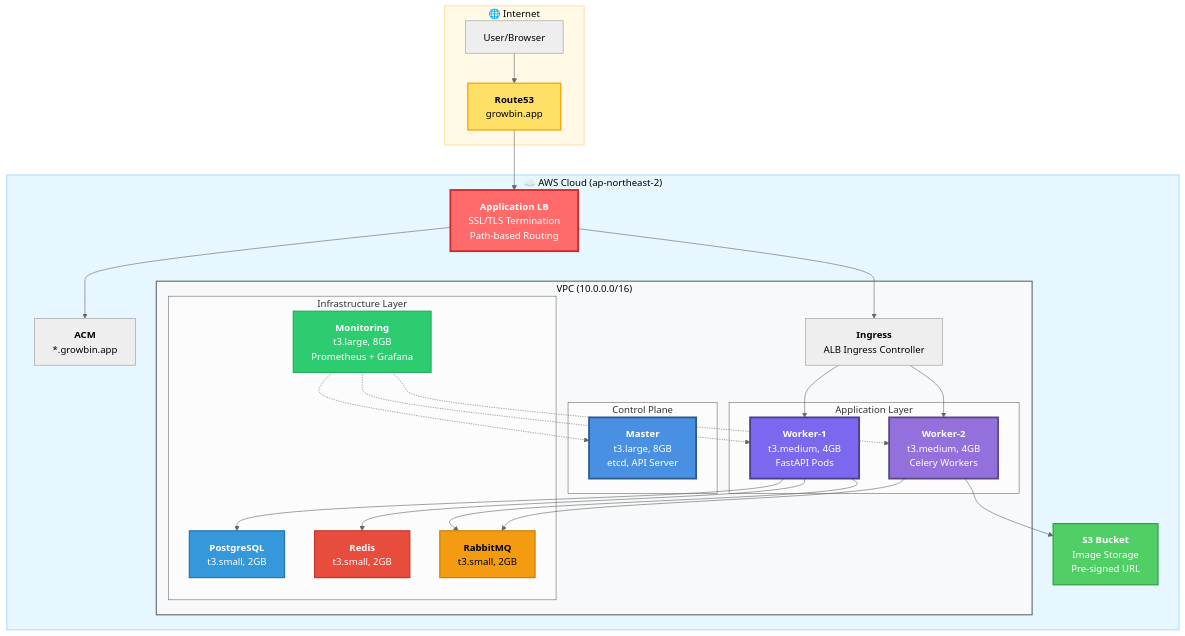
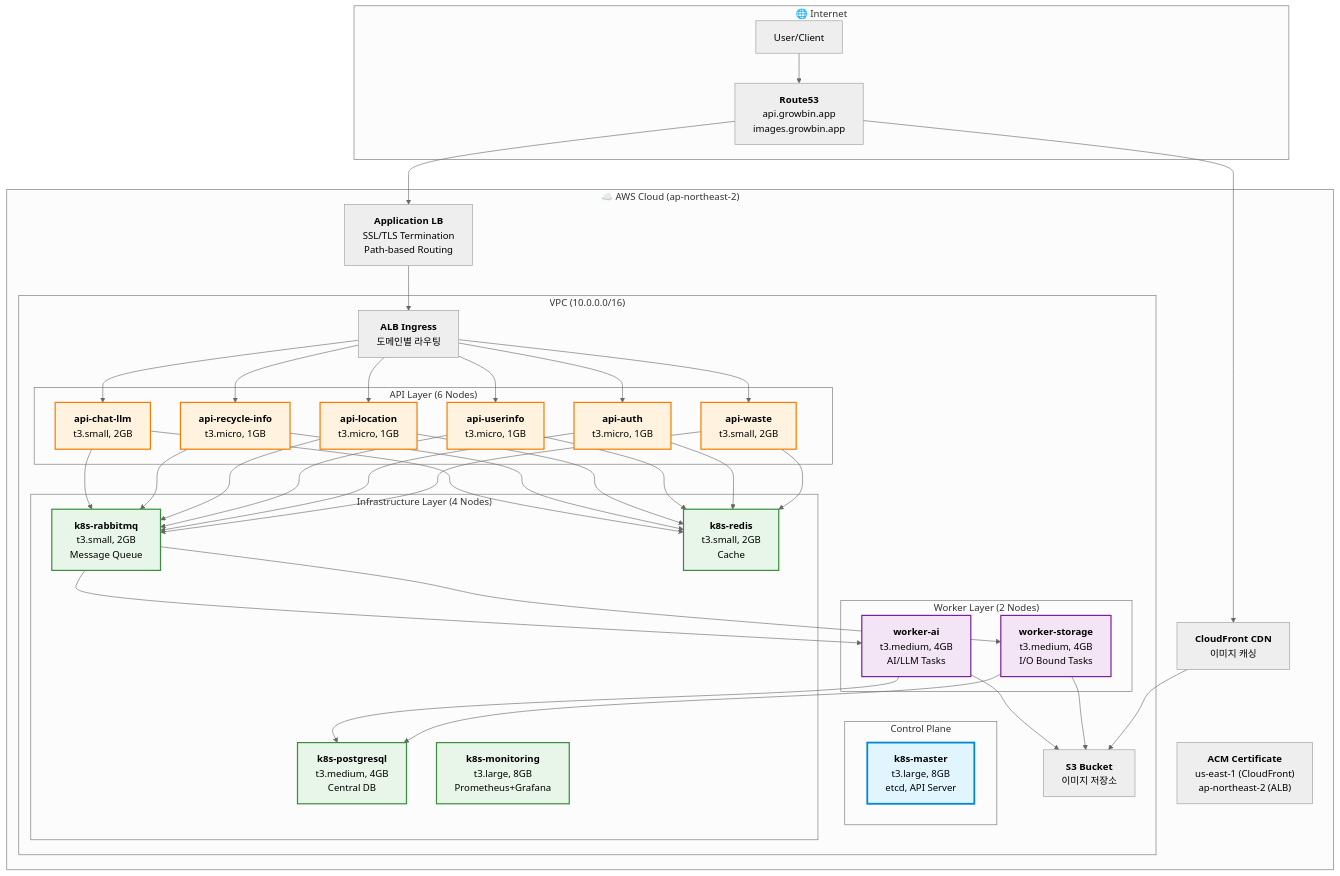
Before and after one commit to SeSACTHON/backend: the diagram in docs/README.md, drawn with Mermaid (neutral theme). The commit also changed other lines of this file and 51 other files, not shown here.

````diff
--- a/docs/README.md
+++ b/docs/README.md
@@ -59,81 +38,99 @@
 ```mermaid
 graph TB
     subgraph Internet["🌐 Internet"]
-        User[User/Browser]
+        User[User/Client]
         Route53["`**Route53**
-        growbin.app`"]
+        api.growbin.app
+        images.growbin.app`"]
     end
     
     subgraph AWS["☁️ AWS Cloud (ap-northeast-2)"]
-        ACM["`**ACM**
-        *.growbin.app`"]
+        CloudFront["`**CloudFront CDN**
+        이미지 캐싱`"]
+        ACM["`**ACM Certificate**
+        us-east-1 (CloudFront)
+        ap-northeast-2 (ALB)`"]
         ALB["`**Application LB**
         SSL/TLS Termination
         Path-based Routing`"]
         
         subgraph VPC["VPC (10.0.0.0/16)"]
-            Ingress["`**Ingress**
-            ALB Ingress Controller`"]
+            Ingress["`**ALB Ingress**
+            도메인별 라우팅`"]
             
             subgraph Control["Control Plane"]
-                Master["`**Master**
+                Master["`**k8s-master**
                 t3.large, 8GB
                 etcd, API Server`"]
             end
             
-            subgraph Application["Application Layer"]
-                W1["`**Worker-1**
-                t3.medium, 4GB
-                FastAPI Pods`"]
-                W2["`**Worker-2**
-                t3.medium, 4GB
-                Celery Workers`"]
+            subgraph API["API Layer (6 Nodes)"]
+                API1["`**api-waste**
+                t3.small, 2GB`"]
+                API2["`**api-auth**
+                t3.micro, 1GB`"]
+                API3["`**api-userinfo**
+                t3.micro, 1GB`"]
+                API4["`**api-location**
+                t3.micro, 1GB`"]
+                API5["`**api-recycle-info**
+                t3.micro, 1GB`"]
+                API6["`**api-chat-llm**
+                t3.small, 2GB`"]
             end
             
-            subgraph Infrastructure["Infrastructure Layer"]
-                RMQ["`**RabbitMQ**
-                t3.small, 2GB`"]
-                PG["`**PostgreSQL**
-                t3.small, 2GB`"]
-                Redis["`**Redis**
-                t3.small, 2GB`"]
-                Mon["`**Monitoring**
+            subgraph Worker["Worker Layer (2 Nodes)"]
+                W1["`**worker-storage**
+                t3.medium, 4GB
+                I/O Bound Tasks`"]
+                W2["`**worker-ai**
+                t3.medium, 4GB
+                AI/LLM Tasks`"]
+            end
+            
+            subgraph Infra["Infrastructure Layer (4 Nodes)"]
+                RMQ["`**k8s-rabbitmq**
+                t3.small, 2GB
+                Message Queue`"]
+                PG["`**k8s-postgresql**
+                t3.medium, 4GB
+                Central DB`"]
+                Redis["`**k8s-redis**
+                t3.small, 2GB
+                Cache`"]
+                Mon["`**k8s-monitoring**
                 t3.large, 8GB
-                Prometheus + Grafana`"]
+                Prometheus+Grafana`"]
             end
+            
+            S3["`**S3 Bucket**
+            이미지 저장소`"]
         end
-        
-        S3["`**S3 Bucket**
-        Image Storage
-        Pre-signed URL`"]
     end
     
     User --> Route53
+    Route53 --> CloudFront
     Route53 --> ALB
-    ALB --> ACM
+    CloudFront --> S3
     ALB --> Ingress
-    Ingress --> W1
-    Ingress --> W2
-    W1 --> PG
-    W1 --> Redis
-    W1 --> RMQ
-    W2 --> RMQ
-    W2 --> S3
-    Mon -.-> Master
-    Mon -.-> W1
-    Mon -.-> W2
+    Ingress --> API1 & API2 & API3 & API4 & API5 & API6
+    API1 & API2 & API3 & API4 & API5 & API6 --> RMQ
+    RMQ --> W1 & W2
+    W1 & W2 --> PG
+    W1 & W2 --> S3
+    API1 & API2 & API3 & API4 & API5 & API6 --> Redis
     
-    style Master fill:#4A90E2,stroke:#2E5C8A,stroke-width:3px,color:#fff
-    style W1 fill:#7B68EE,stroke:#4B3C8C,stroke-width:3px,color:#fff
-    style W2 fill:#9370DB,stroke:#5A478A,stroke-width:3px,color:#fff
-    style RMQ fill:#F39C12,stroke:#C87F0A,stroke-width:2px,color:#000
-    style PG fill:#3498DB,stroke:#2874A6,stroke-width:2px,color:#fff
-    style Redis fill:#E74C3C,stroke:#C0392B,stroke-width:2px,color:#fff
-    style Mon fill:#2ECC71,stroke:#27AE60,stroke-width:2px,color:#fff
-    style ALB fill:#FF6B6B,stroke:#C92A2A,stroke-width:3px,color:#fff
-    style Route53 fill:#FFE066,stroke:#F59F00,stroke-width:2px,color:#000
-    style S3 fill:#51CF66,stroke:#2F9E44,stroke-width:2px,color:#fff
-    style VPC fill:#F8F9FA,stroke:#6C757D,stroke-width:2px,color:#000
-    style Internet fill:#FFF9E6,stroke:#FFE4B3,stroke-width:2px,color:#000
-    style AWS fill:#E6F7FF,stroke:#B3E0FF,stroke-width:2px,color:#000
+    style Master fill:#e1f5ff,stroke:#0288d1,stroke-width:3px
+    style API1 fill:#fff3e0,stroke:#f57c00,stroke-width:2px
+    style API2 fill:#fff3e0,stroke:#f57c00,stroke-width:2px
+    style API3 fill:#fff3e0,stroke:#f57c00,stroke-width:2px
+    style API4 fill:#fff3e0,stroke:#f57c00,stroke-width:2px
+    style API5 fill:#fff3e0,stroke:#f57c00,stroke-width:2px
+    style API6 fill:#fff3e0,stroke:#f57c00,stroke-width:2px
+    style W1 fill:#f3e5f5,stroke:#7b1fa2,stroke-width:2px
+    style W2 fill:#f3e5f5,stroke:#7b1fa2,stroke-width:2px
+    style RMQ fill:#e8f5e9,stroke:#388e3c,stroke-width:2px
+    style PG fill:#e8f5e9,stroke:#388e3c,stroke-width:2px
+    style Redis fill:#e8f5e9,stroke:#388e3c,stroke-width:2px
+    style Mon fill:#e8f5e9,stroke:#388e3c,stroke-width:2px
 ```
````
